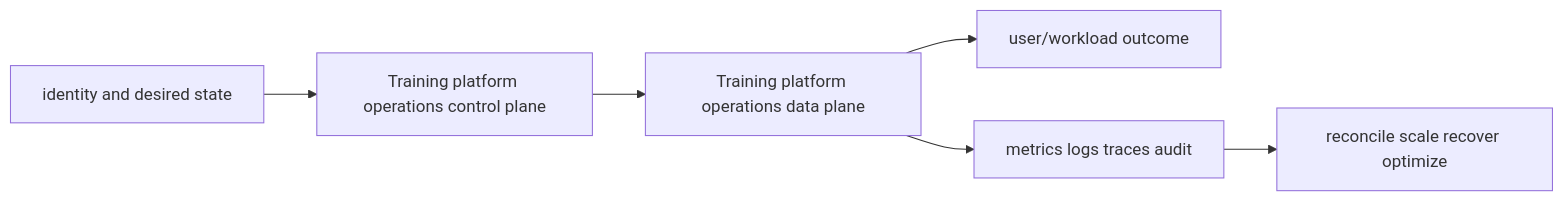
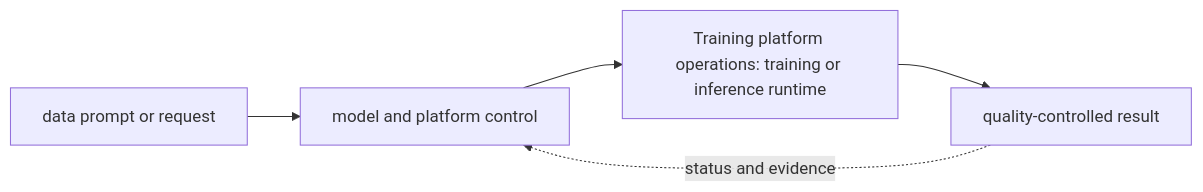
Before and after one commit to tomkidumbuyo/DevOps-interview-preparation: the diagram in 11-ai-platform/08-mlops-and-llmops-lifecycle/06-training-platform/README.md, drawn with Mermaid. The commit also changed other lines of this file and 753 other files, not shown here.

````diff
--- a/11-ai-platform/08-mlops-and-llmops-lifecycle/06-training-platform/README.md
+++ b/11-ai-platform/08-mlops-and-llmops-lifecycle/06-training-platform/README.md
@@ -19,8 +31,7 @@
 ```mermaid
 flowchart LR
-  I[identity and desired state] --> C[Training platform operations control plane]
-  C --> D[Training platform operations data plane]
-  D --> U[user/workload outcome]
-  D --> O[metrics logs traces audit]
-  O --> R[reconcile scale recover optimize]
+  A["data prompt or request"] --> B["model and platform control"]
+  B --> C["Training platform operations: training or inference runtime"]
+  C --> D["quality-controlled result"]
+  D -. "status and evidence" .-> B
 ```
````
